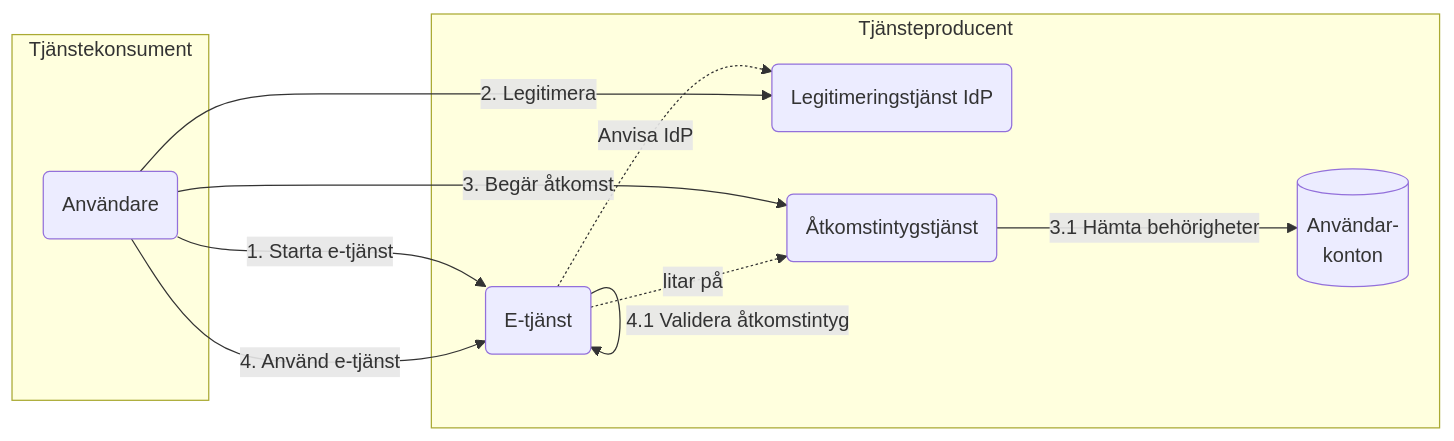
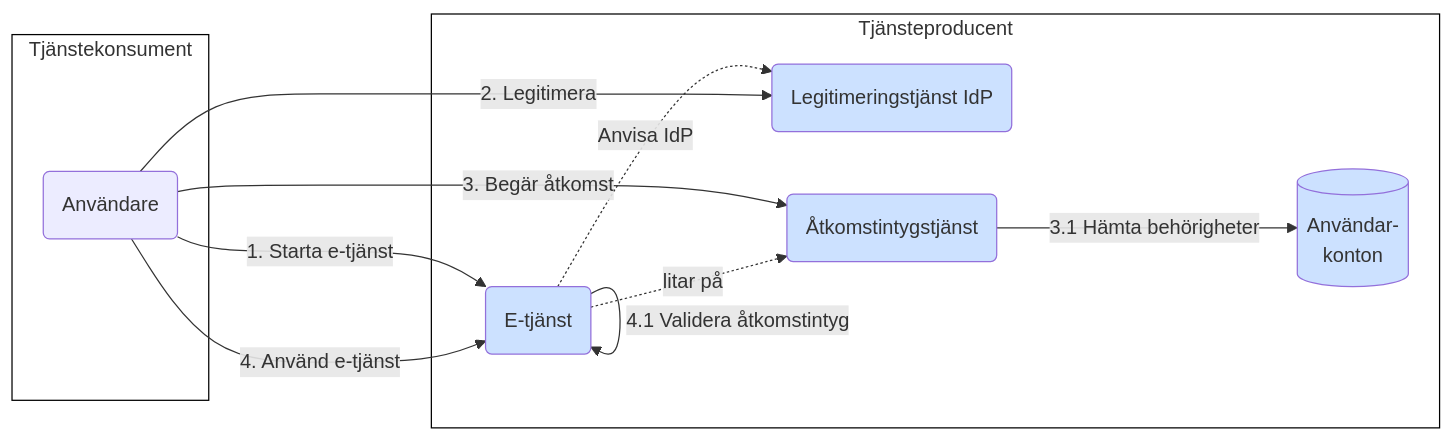
One commit to diggsweden/ena-authorization changed the sixth of 9 diagrams in architecture/drafts/IAM_TargetArchitecture_Sweden.md. Above: the diagram before and after it, drawn with Mermaid. The commit also changed other lines of this file, not shown here.

Commit message:
Updated the graphs. Replaced underscores with <p> in mermaid and changed color schemes to match the graphics in chapter #4

````diff
--- a/architecture/drafts/IAM_TargetArchitecture_Sweden.md
+++ b/architecture/drafts/IAM_TargetArchitecture_Sweden.md
@@ -212,25 +242,30 @@
 ```mermaid
 graph LR
+classDef org fill:#F8E5A0
+classDef comp fill:#CCE1FF
+classDef box fill:#ffffff,stroke:#000000
 
 subgraph po[Tjänsteproducent]
-    p(E-tjänst)
-    idp(Legitimeringstjänst IdP)
-    as(Åtkomstintygstjänst)
-    udb[(Användar-<br>konton)]
+    p(E-tjänst):::comp
+    idp(Legitimeringstjänst IdP):::comp
+    as(Åtkomstintygstjänst):::comp
+    udb[(Användar-<br>konton)]:::comp
 end
+po:::box
 
 subgraph co[Tjänstekonsument]
     u(Användare)
 end
+co:::box
 
 idp ~~~ p
 
-u--1. Starta e-tjänst-->p
+u--<p>1. Starta e-tjänst-->p
 p-.Anvisa IdP.->idp
-u--2. Legitimera-->idp
-u--3. Begär åtkomst-->as
-as--3.1 Hämta behörigheter-->udb
-u--4. Använd e-tjänst-->p
+u--<p>2. Legitimera-->idp
+u--<p>3. Begär åtkomst-->as
+as--<p>3.1 Hämta behörigheter-->udb
+u--<p>4. Använd e-tjänst-->p
 p-.litar på.->as
-p--4.1 Validera åtkomstintyg-->p
+p--<p>4.1 Validera åtkomstintyg-->p
 ```
````
